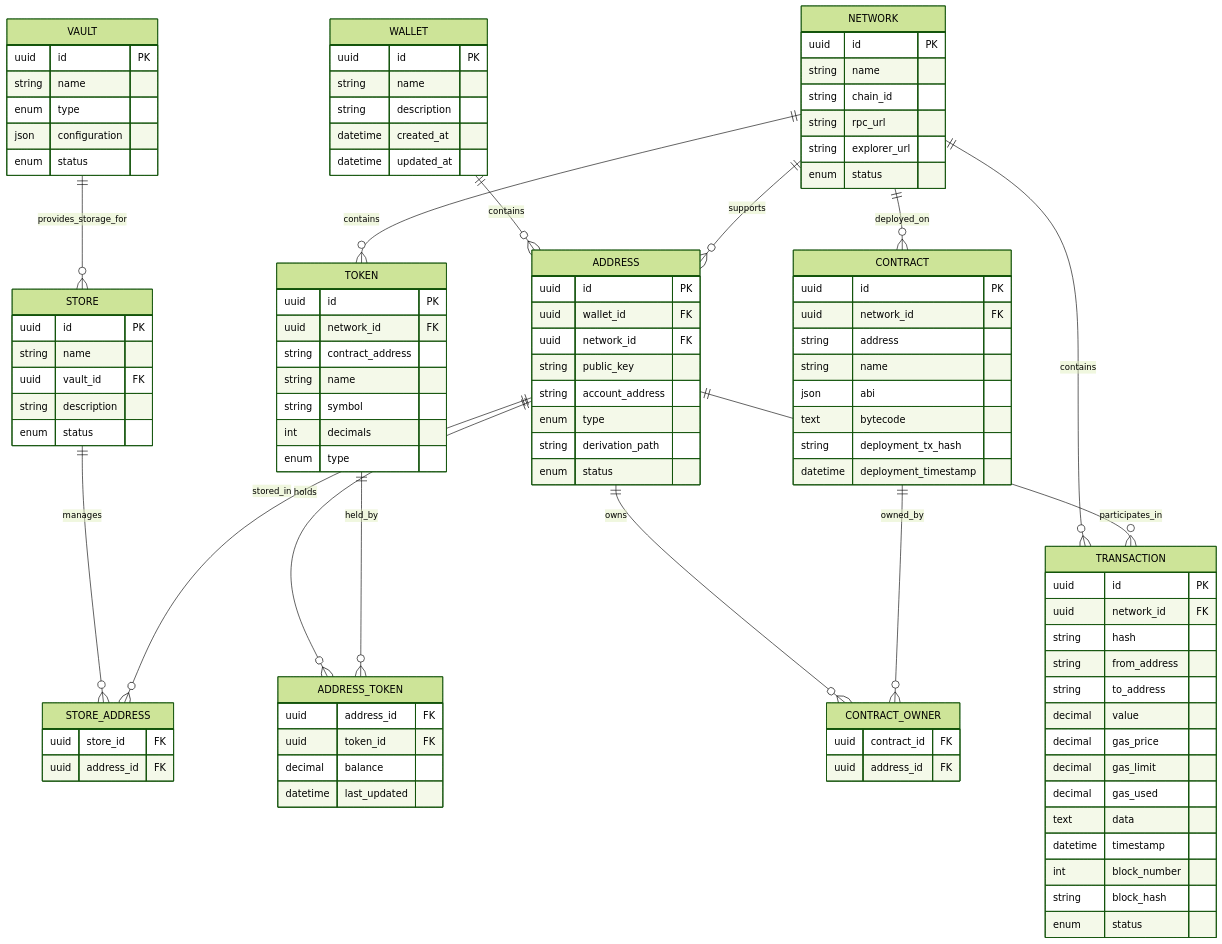
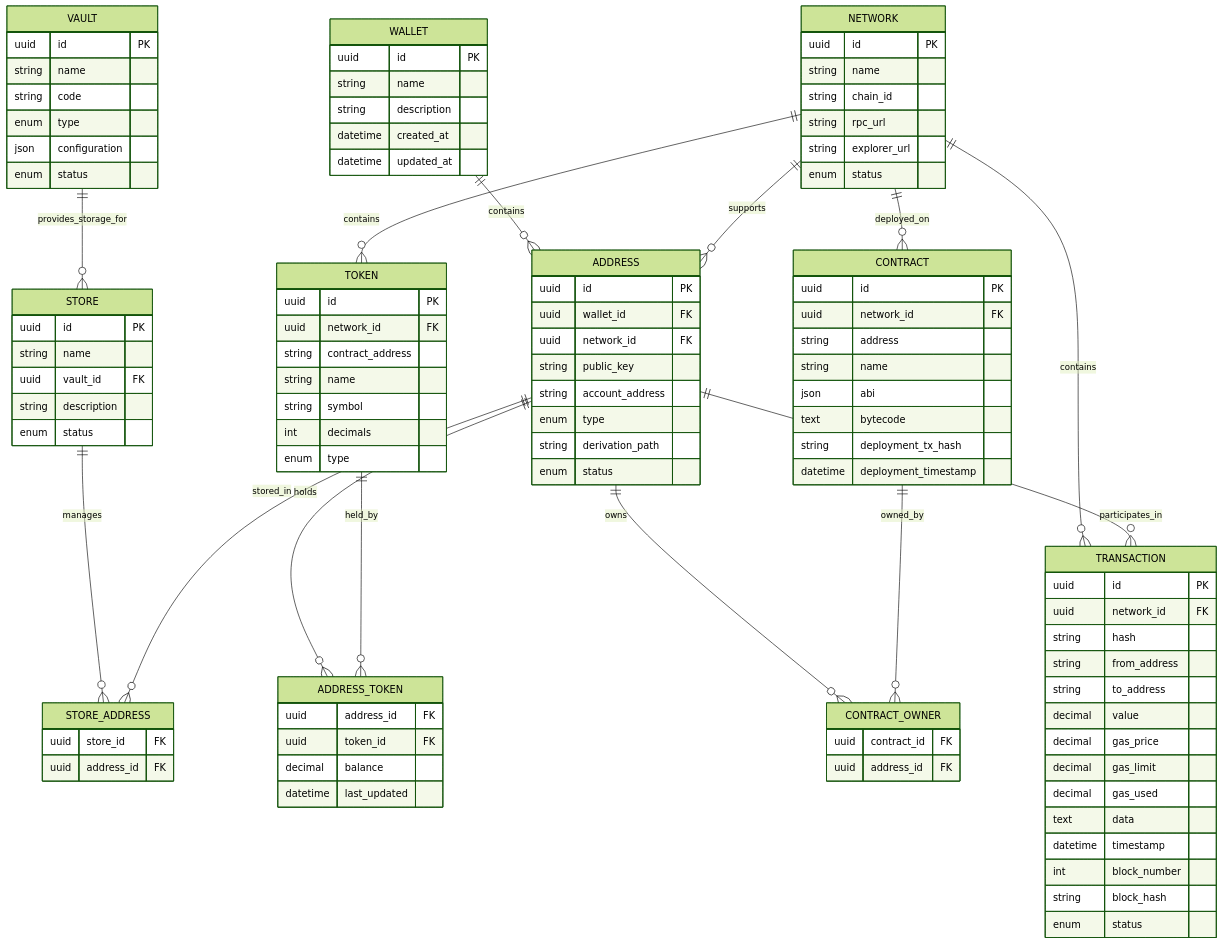
Before and after one commit to italoag/wallet: the diagram in docs/DATABASE.md, drawn with Mermaid (forest theme). The commit also changed 52 other files, not shown here.

```diff
--- a/docs/DATABASE.md
+++ b/docs/DATABASE.md
@@ -31,6 +31,7 @@
     VAULT {
         uuid id PK
         string name
+        string code
         enum type
         json configuration
         enum status
```
